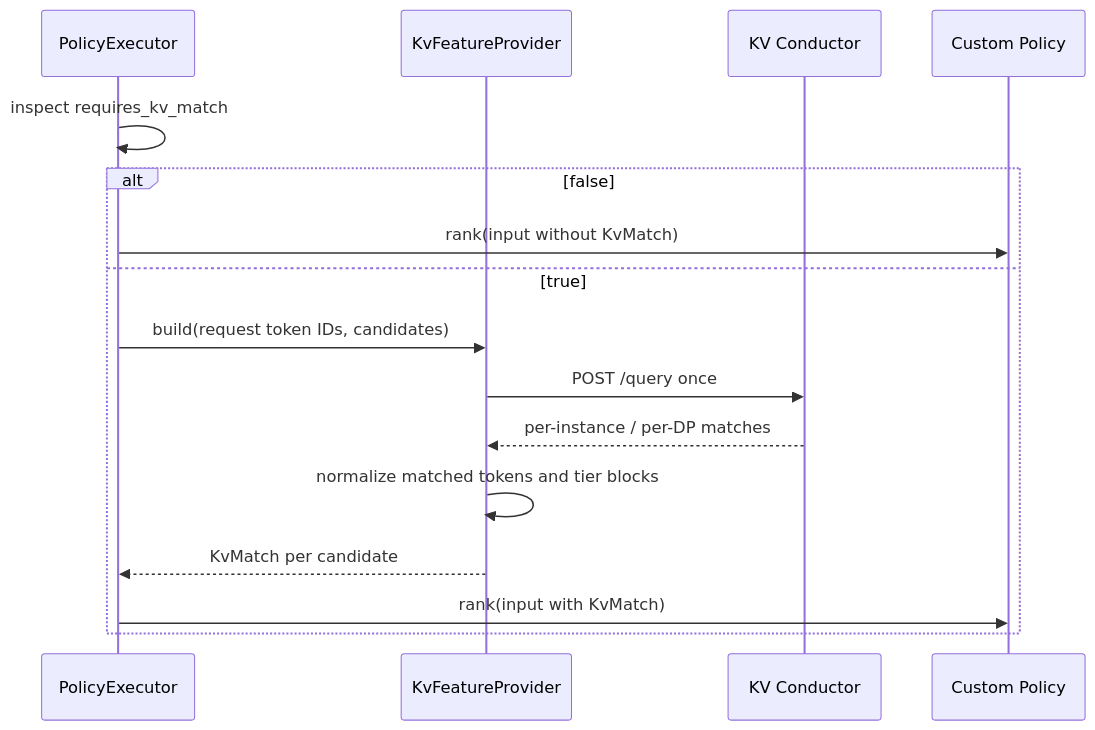
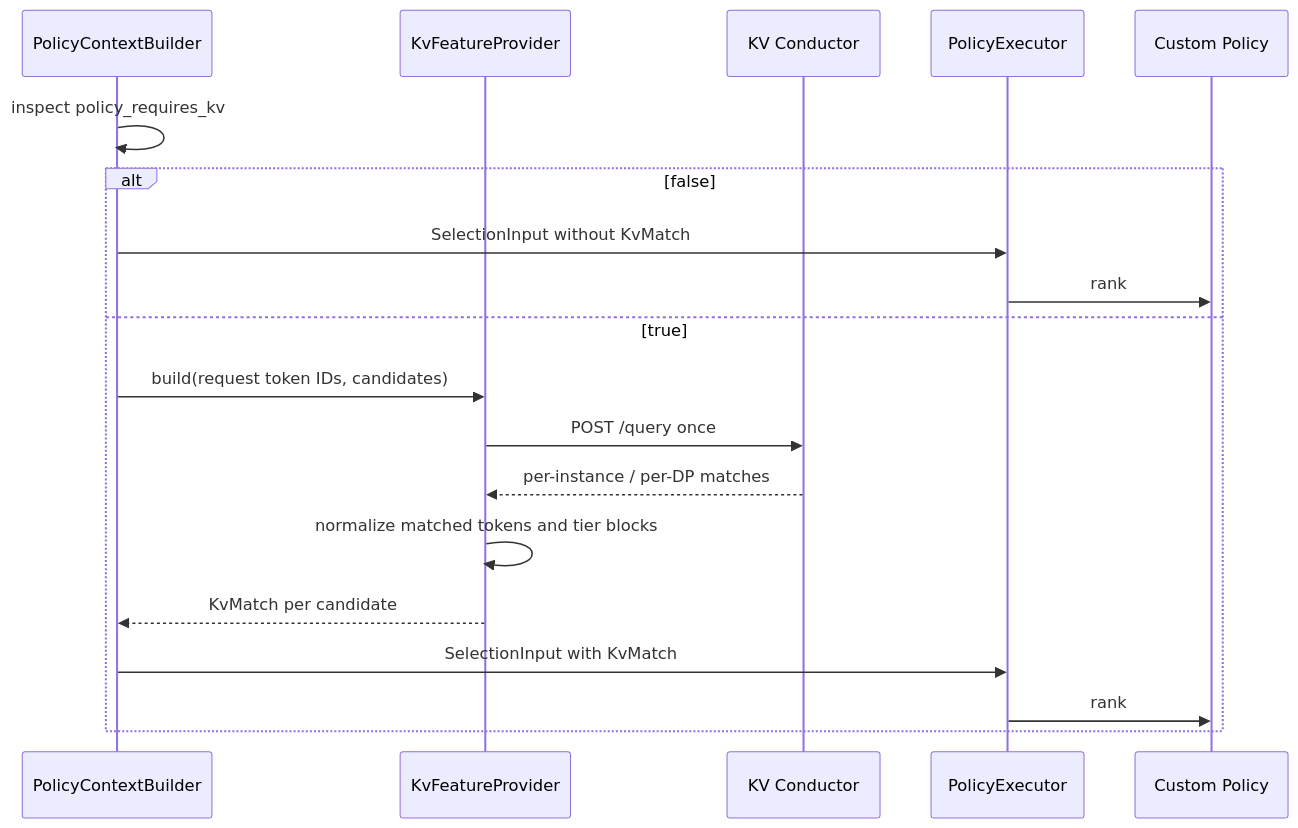
The fifth of 5 diagrams in docs/zh/design/scheduler_policy_plugin.md (Lyr-GW/MindIE-PyMotor), drawn with Mermaid before and after one commit. The commit also changed other lines of this file and 17 other files, not shown here.

````diff
--- a/docs/zh/design/scheduler_policy_plugin.md
+++ b/docs/zh/design/scheduler_policy_plugin.md
@@ -395,19 +400,22 @@
 ```mermaid
 sequenceDiagram
-    participant E as PolicyExecutor
+    participant B as PolicyContextBuilder
     participant F as KvFeatureProvider
     participant C as KV Conductor
+    participant E as PolicyExecutor
     participant P as Custom Policy
 
-    E->>E: inspect requires_kv_match
+    B->>B: inspect policy_requires_kv
     alt false
-        E->>P: rank(input without KvMatch)
+        B->>E: SelectionInput without KvMatch
+        E->>P: rank
     else true
-        E->>F: build(request token IDs, candidates)
+        B->>F: build(request token IDs, candidates)
         F->>C: POST /query once
         C-->>F: per-instance / per-DP matches
         F->>F: normalize matched tokens and tier blocks
-        F-->>E: KvMatch per candidate
-        E->>P: rank(input with KvMatch)
+        F-->>B: KvMatch per candidate
+        B->>E: SelectionInput with KvMatch
+        E->>P: rank
     end
 ```
````
